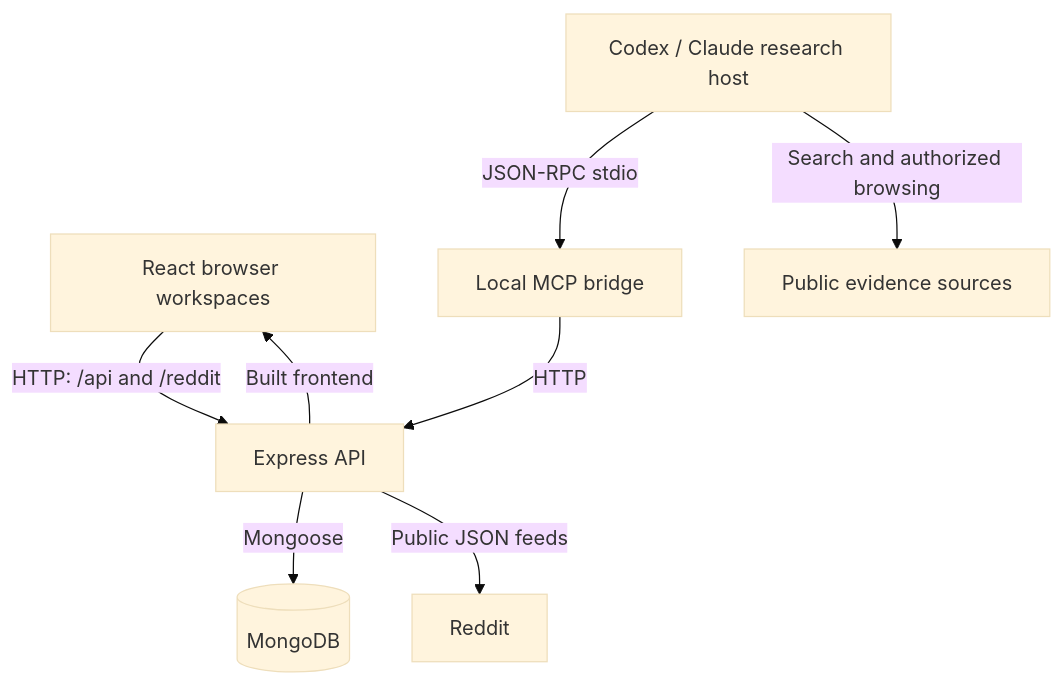
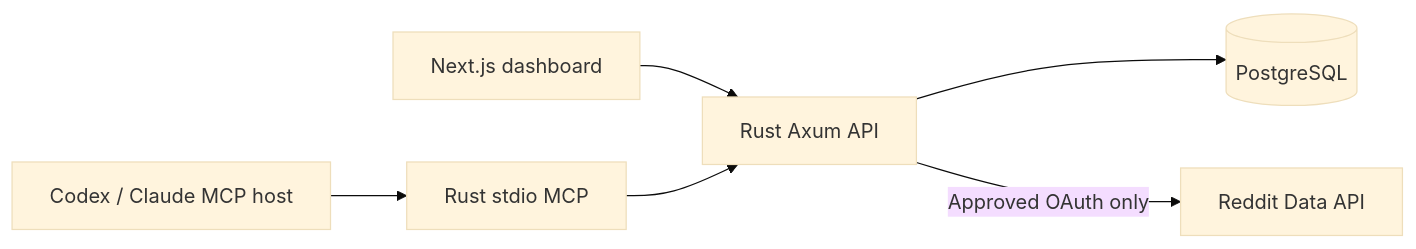
One commit to savisaluwadana/Pain-Point-Analyzer changed the diagram in README.md. Above: the diagram before and after it, drawn with Mermaid (base theme). The commit also changed other lines of this file and 162 other files, not shown here.

Commit message:
refactor!: make Rust, PostgreSQL and Next.js the root application; retire legacy JavaScript stack

````diff
--- a/README.md
+++ b/README.md
@@ -45,10 +41,8 @@
 ```mermaid
-flowchart TD
-  Browser["React browser workspaces"] -->|HTTP: /api and /reddit| API["Express API"]
-  Host["Codex / Claude research host"] -->|JSON-RPC stdio| MCP["Local MCP bridge"]
-  MCP -->|HTTP| API
-  Host -->|Search and authorized browsing| Sources["Public evidence sources"]
-  API -->|Mongoose| Mongo[("MongoDB")]
-  API -->|Public JSON feeds| Reddit["Reddit"]
-  API -->|Built frontend| Browser
+flowchart LR
+  Browser["Next.js dashboard"] --> API["Rust Axum API"]
+  Host["Codex / Claude MCP host"] --> MCP["Rust stdio MCP"]
+  MCP --> API
+  API --> PG[("PostgreSQL")]
+  API -->|Approved OAuth only| Reddit["Reddit Data API"]
 ```
````
